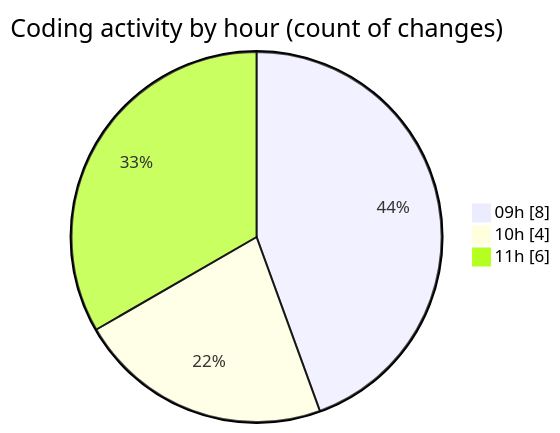
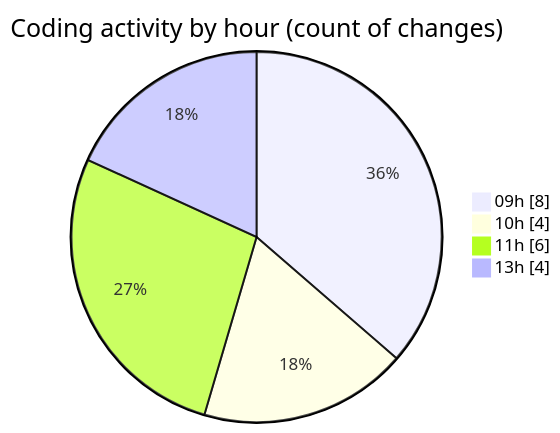
Before and after one commit to ricardozamudiocil/code-tracking: the second of 2 diagrams in 2026-05-12/cilapp/README.md, drawn with Mermaid. The commit also changed other lines of this file and 1 other file, not shown here.

````diff
--- a/2026-05-12/cilapp/README.md
+++ b/2026-05-12/cilapp/README.md
@@ -34,7 +36,8 @@
 ```mermaid
 pie showData
 title Coding activity by hour (count of changes)
 "09h" : 8
 "10h" : 4
 "11h" : 6
+"13h" : 4
 ```
````
